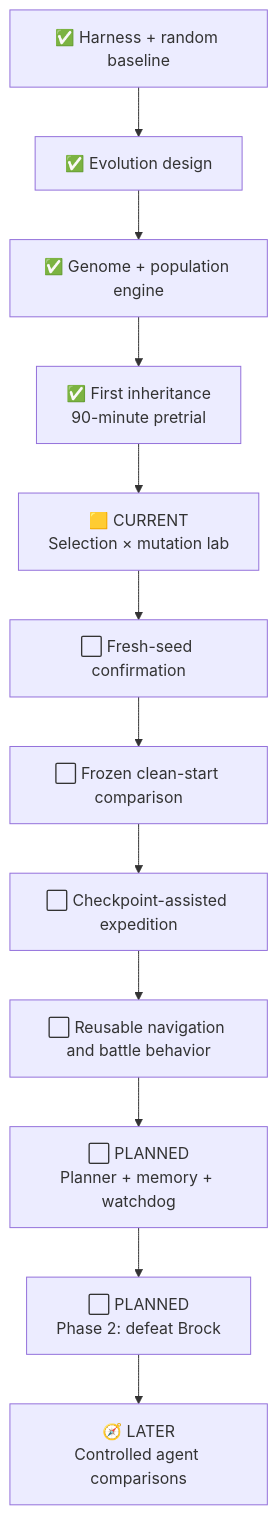
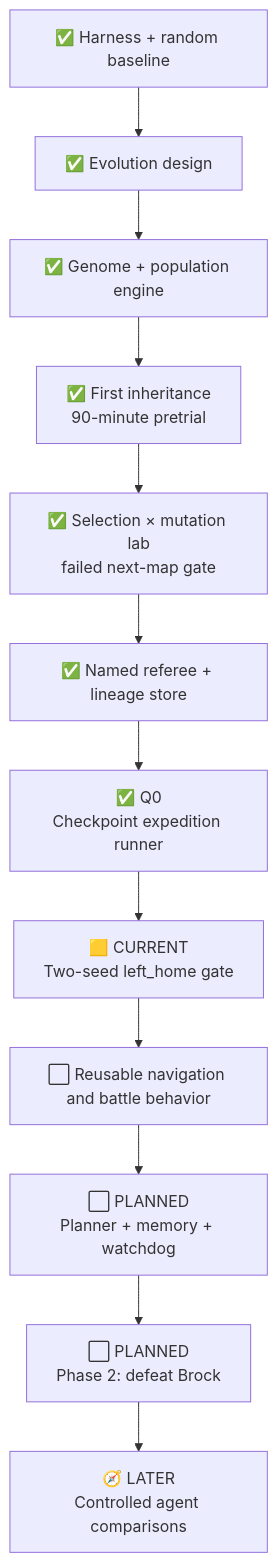
The diagram in docs/roadmap.md (PeteAndrews1289/pokemon-red-ai), drawn with Mermaid before and after one commit. The commit also changed other lines of this file and 25 other files, not shown here.

````diff
--- a/docs/roadmap.md
+++ b/docs/roadmap.md
@@ -43,14 +45,14 @@
 ```mermaid
 flowchart TD
     P0["✅ Harness + random baseline"] --> EV0["✅ Evolution design"]
     EV0 --> EV1["✅ Genome + population engine"]
     EV1 --> PRE["✅ First inheritance<br/>90-minute pretrial"]
-    PRE --> LAB["🟨 CURRENT<br/>Selection × mutation lab"]
-    LAB --> FRESH["⬜ Fresh-seed confirmation"]
-    FRESH --> REF["⬜ Frozen clean-start comparison"]
-    REF --> P1["⬜ Checkpoint-assisted expedition"]
-    P1 --> SK["⬜ Reusable navigation and battle behavior"]
+    PRE --> LAB["✅ Selection × mutation lab<br/>failed next-map gate"]
+    LAB --> REF["✅ Named referee + lineage store"]
+    REF --> P1["✅ Q0<br/>Checkpoint expedition runner"]
+    P1 --> Q1["🟨 CURRENT<br/>Two-seed left_home gate"]
+    Q1 --> SK["⬜ Reusable navigation and battle behavior"]
     SK --> HY["⬜ PLANNED<br/>Planner + memory + watchdog"]
     HY --> P2["⬜ PLANNED<br/>Phase 2: defeat Brock"]
     P2 --> AB["🧭 LATER<br/>Controlled agent comparisons"]
 ```
````
